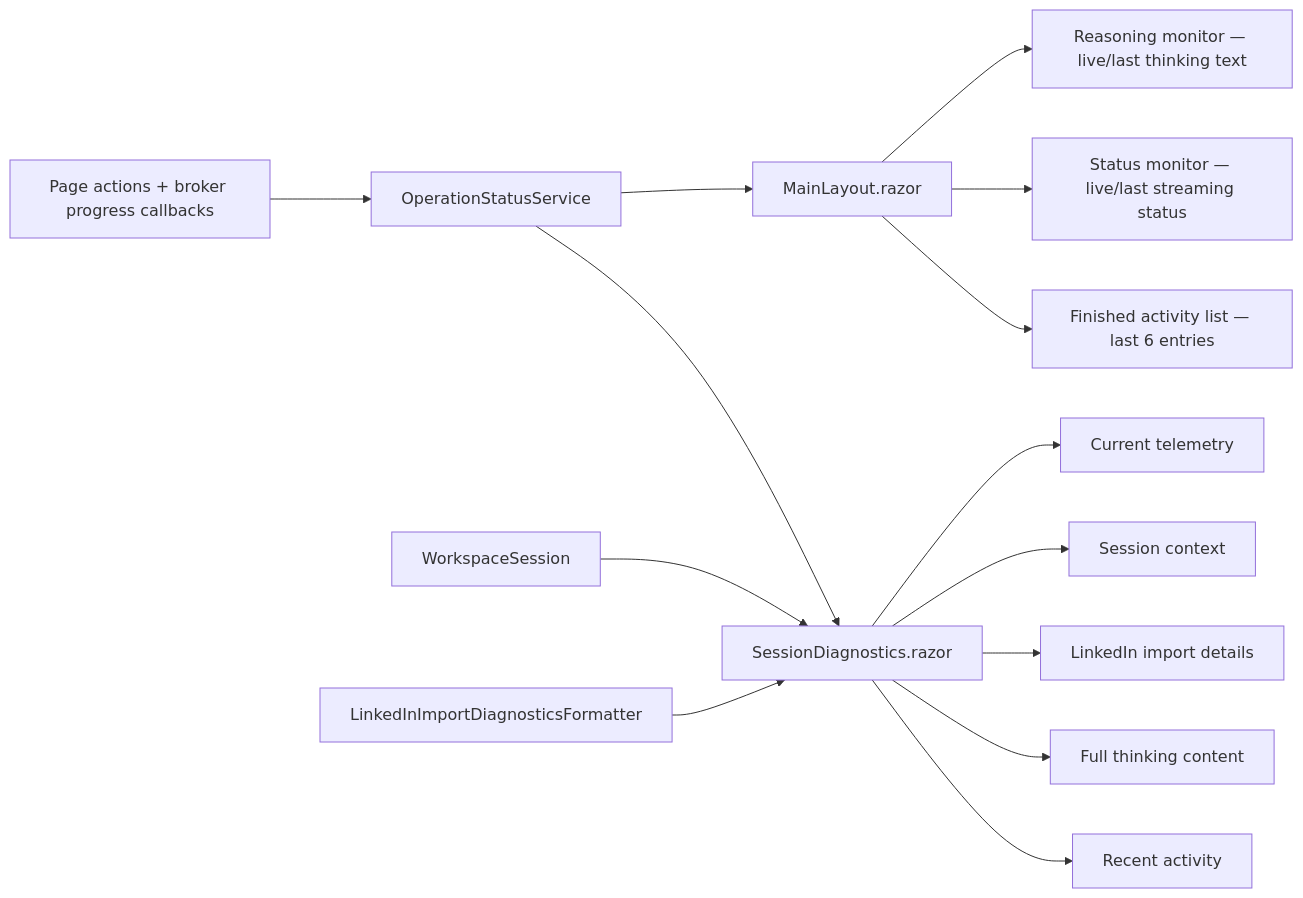
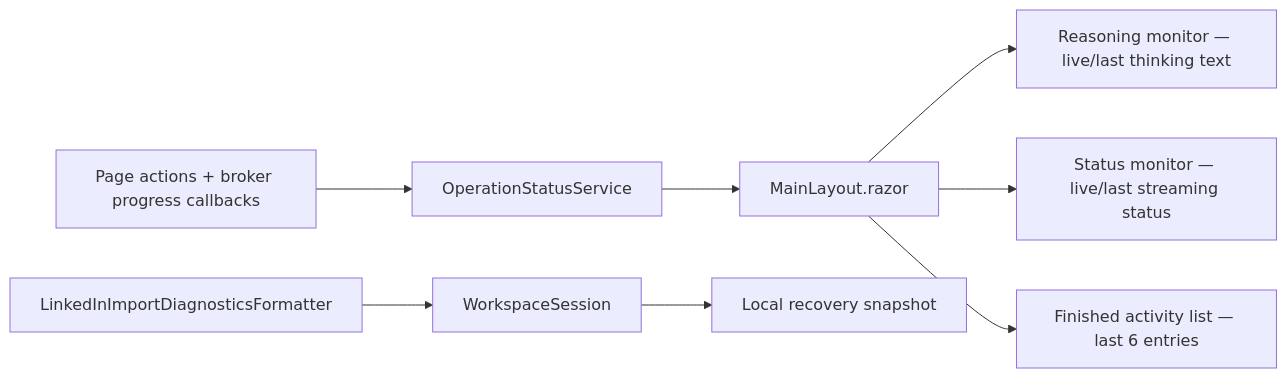
Diagram 20 of 20 in docs/details.md (hennie42/li-jobber), drawn with Mermaid before and after one commit. The commit also changed other lines of this file and 19 other files, not shown here.

First line of the commit message:
Add Web Client and Shared UI components; remove session diagnostics

````diff
--- a/docs/details.md
+++ b/docs/details.md
@@ -1016,16 +1013,10 @@
 ```mermaid
 graph LR
     A[Page actions + broker progress callbacks] --> B[OperationStatusService]
     B --> C[MainLayout.razor]
     C --> D[Reasoning monitor — live/last thinking text]
     C --> E[Status monitor — live/last streaming status]
     C --> F[Finished activity list — last 6 entries]
-    G[WorkspaceSession] --> H[SessionDiagnostics.razor]
-    B --> H
-    I[LinkedInImportDiagnosticsFormatter] --> H
-    H --> J[Current telemetry]
-    H --> K[Session context]
-    H --> L[LinkedIn import details]
-    H --> M[Full thinking content]
-    H --> N[Recent activity]
+    G[WorkspaceSession] --> H[Local recovery snapshot]
+    I[LinkedInImportDiagnosticsFormatter] --> G
 ```
````
